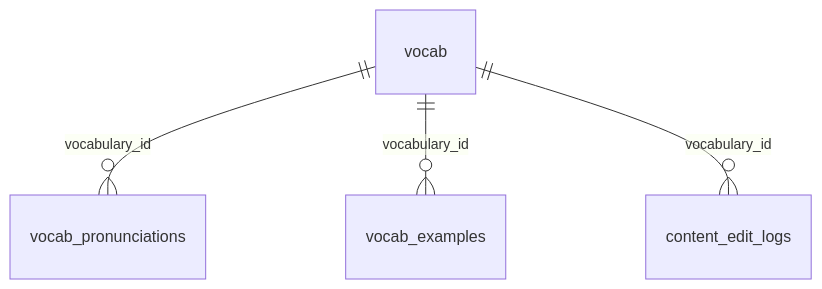
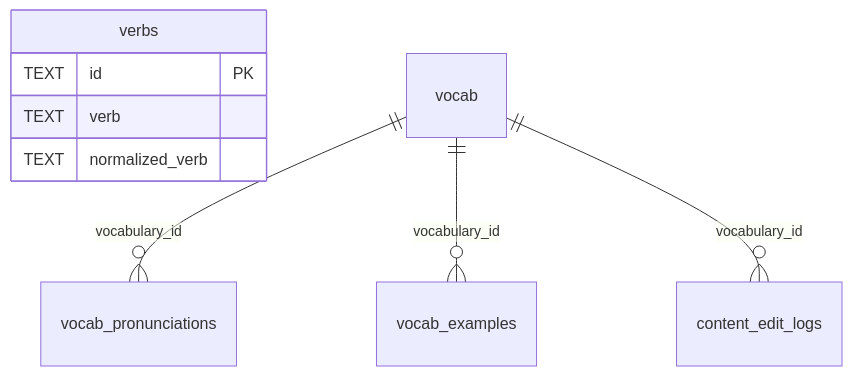
Before and after one commit to ifcalm/language: the diagram in docs/database-schema.md, drawn with Mermaid. The commit also changed other lines of this file and 2 other files, not shown here.

Commit message:
Add core verbs D1 migration

````diff
--- a/docs/database-schema.md
+++ b/docs/database-schema.md
@@ -31,6 +32,11 @@
 ```mermaid
 erDiagram
+  verbs {
+    TEXT id PK
+    TEXT verb
+    TEXT normalized_verb
+  }
   vocab ||--o{ vocab_pronunciations : "vocabulary_id"
   vocab ||--o{ vocab_examples : "vocabulary_id"
   vocab ||--o{ content_edit_logs : "vocabulary_id"
 ```
````
